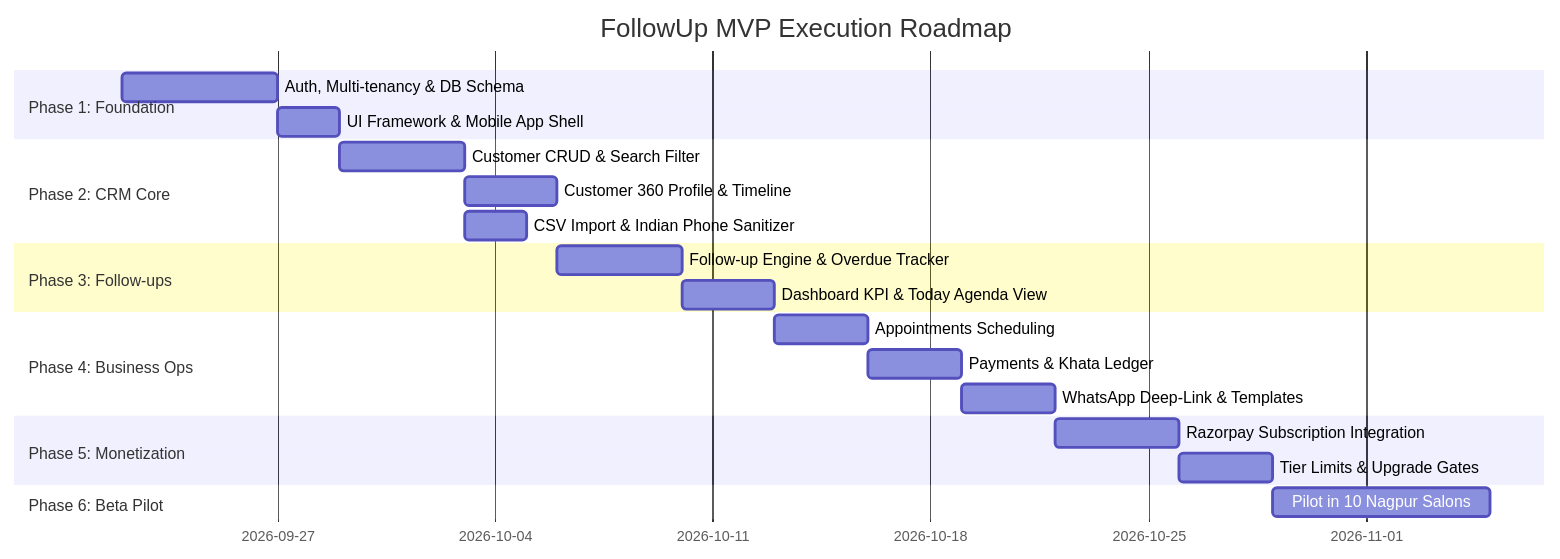
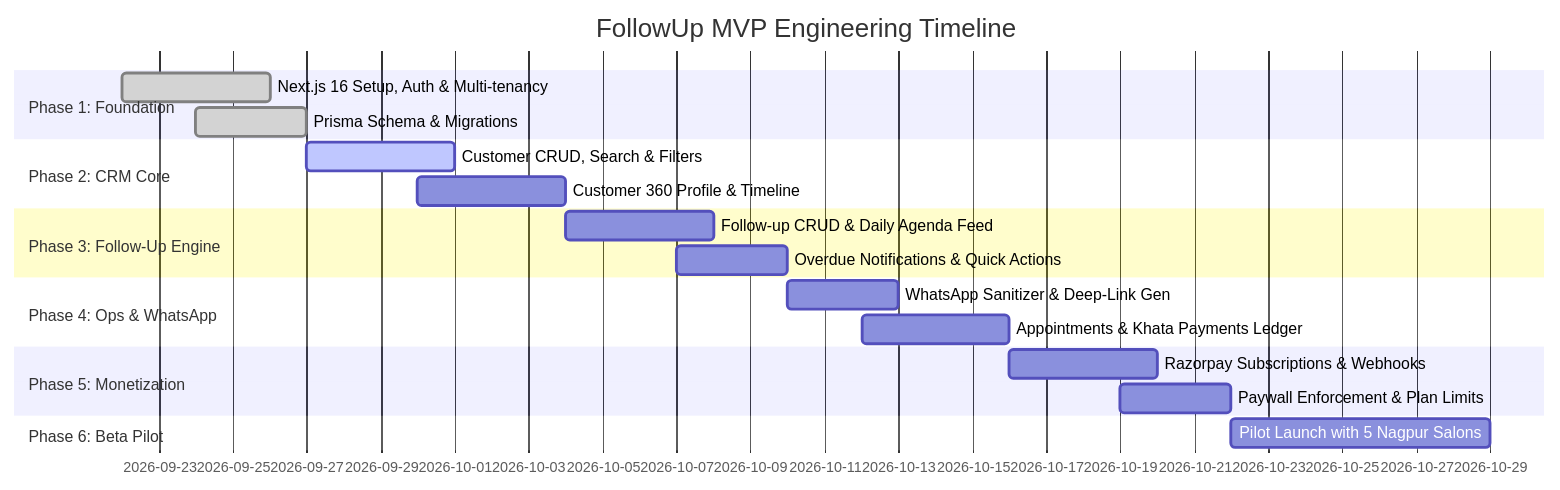
Before and after one commit to anuragborkar2005/FollowUp: the fourth of 4 diagrams in PRD.md, drawn with Mermaid. The commit also changed other lines of this file and 1 other file, not shown here.

````diff
--- a/PRD.md
+++ b/PRD.md
@@ -666,24 +689,22 @@
 ```mermaid
 gantt
-    title FollowUp MVP Execution Roadmap
+    title FollowUp MVP Engineering Timeline
     dateFormat  YYYY-MM-DD
     section Phase 1: Foundation
-    Auth, Multi-tenancy & DB Schema       :p1, 2026-09-22, 5d
-    UI Framework & Mobile App Shell       :p1b, after p1, 2d
+    Next.js 16 Setup, Auth & Multi-tenancy :done, 2026-09-22, 4d
+    Prisma Schema & Migrations             :done, 2026-09-24, 3d
     section Phase 2: CRM Core
-    Customer CRUD & Search Filter         :p2, after p1b, 4d
-    Customer 360 Profile & Timeline       :p2b, after p2, 3d
-    CSV Import & Indian Phone Sanitizer   :p2c, after p2, 2d
-    section Phase 3: Follow-ups
-    Follow-up Engine & Overdue Tracker    :p3, after p2b, 4d
-    Dashboard KPI & Today Agenda View     :p3b, after p3, 3d
-    section Phase 4: Business Ops
-    Appointments Scheduling              :p4, after p3b, 3d
-    Payments & Khata Ledger               :p4b, after p4, 3d
-    WhatsApp Deep-Link & Templates        :p4c, after p4b, 3d
+    Customer CRUD, Search & Filters        :active, 2026-09-27, 4d
+    Customer 360 Profile & Timeline       :2026-09-30, 4d
+    section Phase 3: Follow-Up Engine
+    Follow-up CRUD & Daily Agenda Feed     :2026-10-04, 4d
+    Overdue Notifications & Quick Actions  :2026-10-07, 3d
+    section Phase 4: Ops & WhatsApp
+    WhatsApp Sanitizer & Deep-Link Gen     :2026-10-10, 3d
+    Appointments & Khata Payments Ledger   :2026-10-12, 4d
     section Phase 5: Monetization
-    Razorpay Subscription Integration     :p5, after p4c, 4d
-    Tier Limits & Upgrade Gates           :p5b, after p5, 3d
+    Razorpay Subscriptions & Webhooks      :2026-10-16, 4d
+    Paywall Enforcement & Plan Limits      :2026-10-19, 3d
     section Phase 6: Beta Pilot
-    Pilot in 10 Nagpur Salons             :p6, after p5b, 7d
+    Pilot Launch with 5 Nagpur Salons      :2026-10-22, 7d
 ```
````
